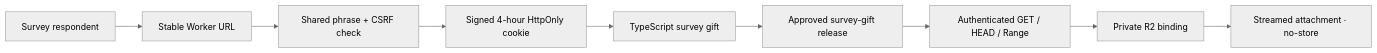
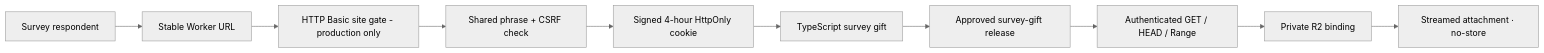
The diagram in README.md (kouiso/course-library), drawn with Mermaid (neutral theme) before and after one commit. The commit also changed other lines of this file and 4 other files, not shown here.

Commit message:
feat: add outer HTTP Basic site gate for production

````diff
--- a/README.md
+++ b/README.md
@@ -32,11 +32,12 @@
 ```mermaid
 flowchart LR
   Reader[Survey respondent] --> Entry[Stable Worker URL]
-  Entry --> Phrase[Shared phrase + CSRF check]
+  Entry --> Basic[HTTP Basic site gate - production only]
+  Basic --> Phrase[Shared phrase + CSRF check]
   Phrase --> Cookie[Signed 4-hour HttpOnly cookie]
   Cookie --> Catalogue[TypeScript survey gift]
   Catalogue --> Policy[Approved survey-gift release]
   Policy --> Gate[Authenticated GET / HEAD / Range]
   Gate --> R2[Private R2 binding]
   R2 --> Stream[Streamed attachment · no-store]
 ```
````
